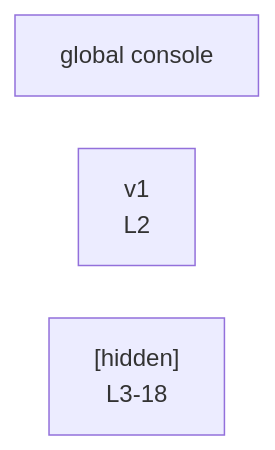
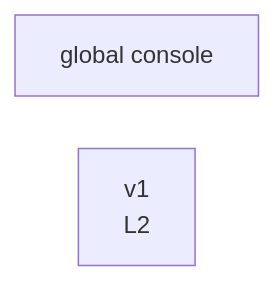
Before and after one commit to crescware/unsnarl: the diagram in integration/fixtures/app-behavior/depth/block/depth-1/preview.md, drawn with Mermaid. The commit also changed 96 other files, not shown here.

````diff
--- a/integration/fixtures/app-behavior/depth/block/depth-1/preview.md
+++ b/integration/fixtures/app-behavior/depth/block/depth-1/preview.md
@@ -29,7 +29,6 @@
 ```mermaid
 %%{init: {"flowchart": {"defaultRenderer": "elk"}}}%%
 flowchart RL
   n_scope_0_console_185["global console"]
   n_scope_1_v1_10["v1<br/>L2"]
-  collapsed_scope_2["[hidden]<br/>L3-18"]
 ```
````
